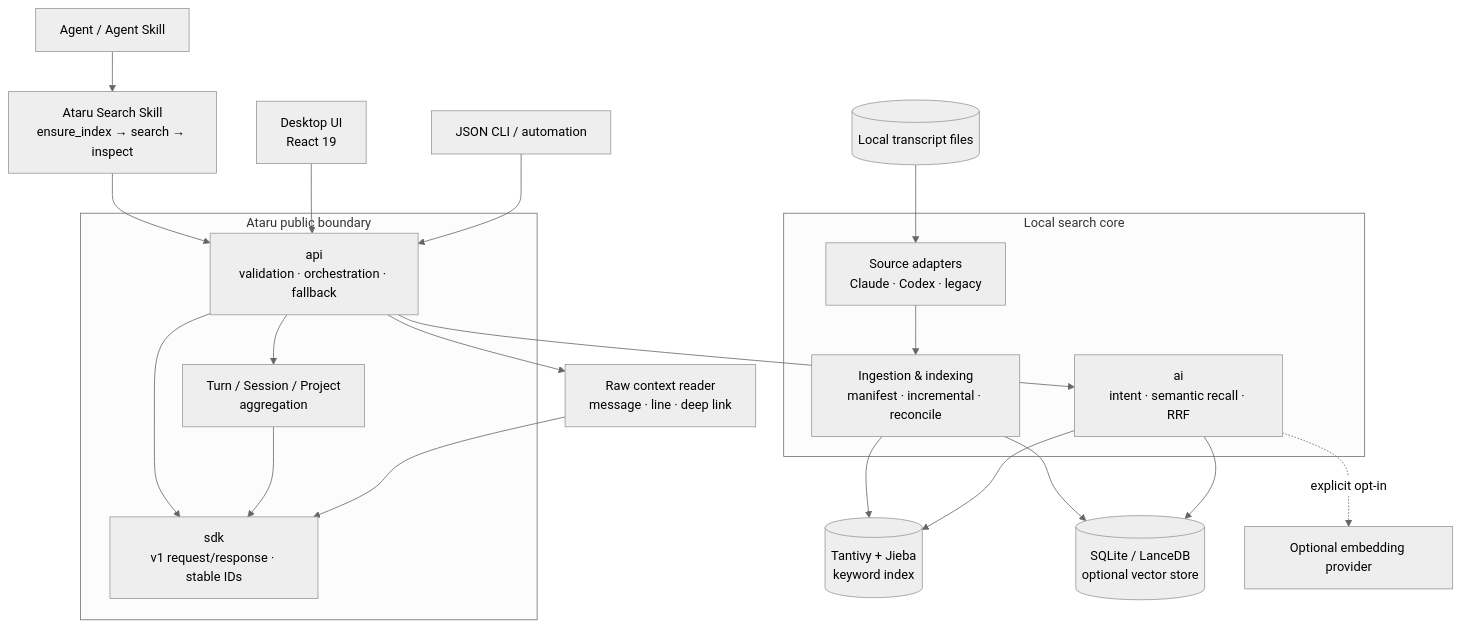
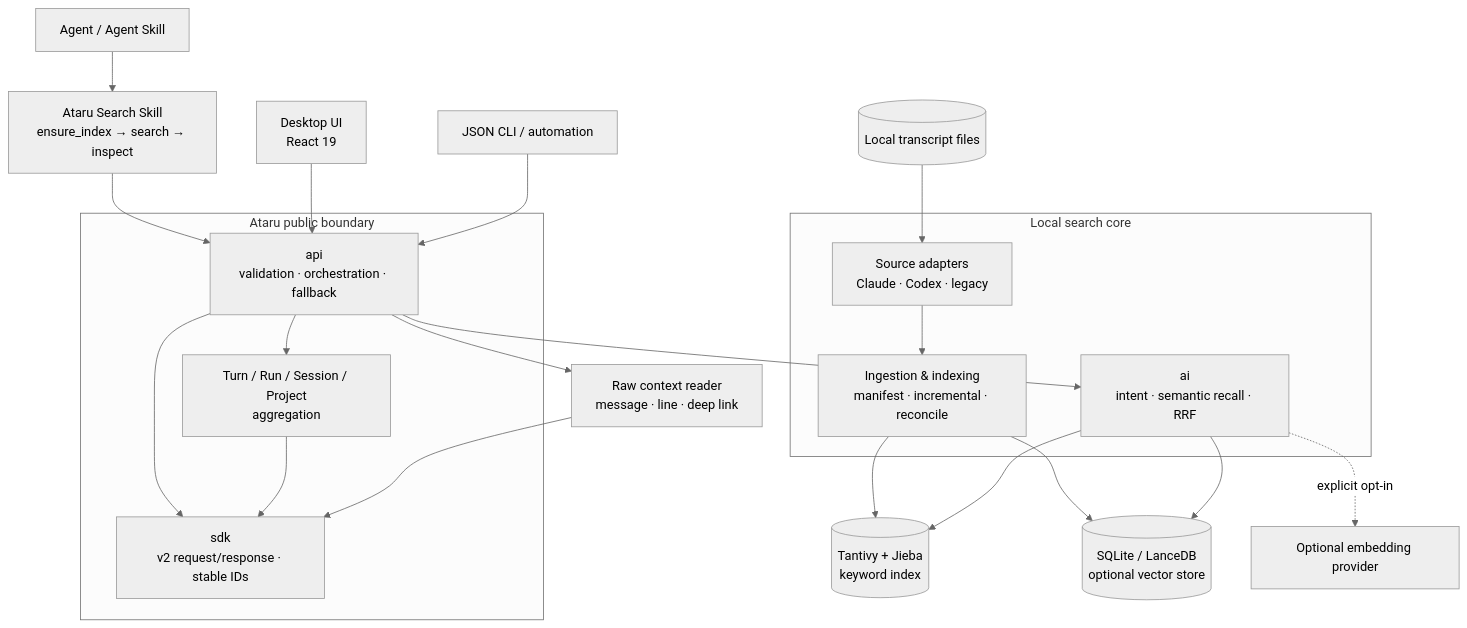
One commit to MarkShawn2020/lovcode changed the diagram in README.md. Above: the diagram before and after it, drawn with Mermaid (neutral theme). The commit also changed other lines of this file and 14 other files, not shown here.

Commit message:
feat: align search with turn run session project model

````diff
--- a/README.md
+++ b/README.md
@@ -153,43 +153,43 @@
 ```mermaid
 flowchart TB
     AGENT["Agent / Agent Skill"]
     AGENT_SKILL["Ataru Search Skill\nensure_index → search → inspect"]
     DESKTOP["Desktop UI\nReact 19"]
     CLI["JSON CLI / automation"]
 
     subgraph PUBLIC["Ataru public boundary"]
         API["api\nvalidation · orchestration · fallback"]
-        SDK["sdk\nv1 request/response · stable IDs"]
-        AGG["Turn / Session / Project\naggregation"]
+        SDK["sdk\nv2 request/response · stable IDs"]
+        AGG["Turn / Run / Session / Project\naggregation"]
     end
 
     subgraph CORE["Local search core"]
         ADAPTERS["Source adapters\nClaude · Codex · legacy"]
         INGEST["Ingestion & indexing\nmanifest · incremental · reconcile"]
         AI["ai\nintent · semantic recall · RRF"]
     end
 
     SOURCES[("Local transcript files")]
     TEXT[("Tantivy + Jieba\nkeyword index")]
     VECTOR[("SQLite / LanceDB\noptional vector store")]
     EMBED["Optional embedding provider"]
     CONTEXT["Raw context reader\nmessage · line · deep link"]
 
     AGENT --> AGENT_SKILL
     AGENT_SKILL --> API
     DESKTOP --> API
     CLI --> API
     API --> SDK
     API --> AGG
     API --> AI
     AGG --> SDK
     SOURCES --> ADAPTERS
     ADAPTERS --> INGEST
     INGEST --> TEXT
     INGEST --> VECTOR
     AI --> TEXT
     AI --> VECTOR
     AI -. "explicit opt-in" .-> EMBED
     API --> CONTEXT
     CONTEXT --> SDK
 ```
````
